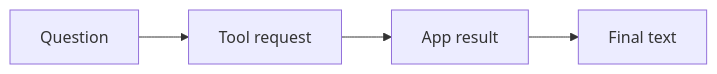
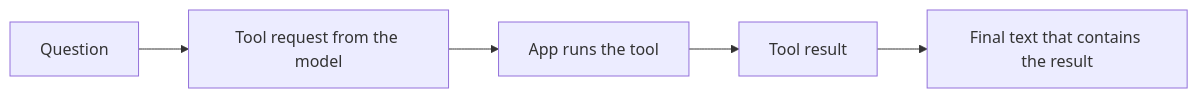
The diagram in lab-agents/README.md (mohamedmabrouk582/Android-Ai-Lab), drawn with Mermaid before and after one commit. The commit also changed other lines of this file and 41 other files, not shown here.

````diff
--- a/lab-agents/README.md
+++ b/lab-agents/README.md
@@ -13,4 +25,7 @@
 ```mermaid
 flowchart LR
-  n0["Question"] --> n1["Tool request"] --> n2["App result"] --> n3["Final text"]
+  question["Question"] --> request["Tool request from the model"]
+  request --> app["App runs the tool"]
+  app --> result["Tool result"]
+  result --> final["Final text that contains the result"]
 ```
````
